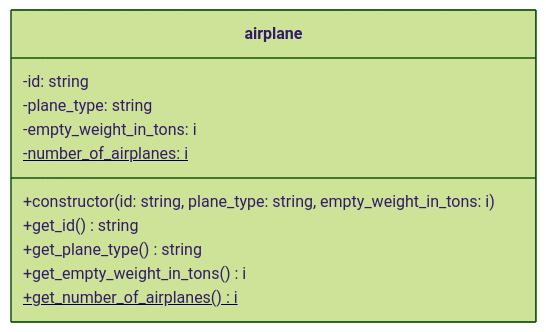
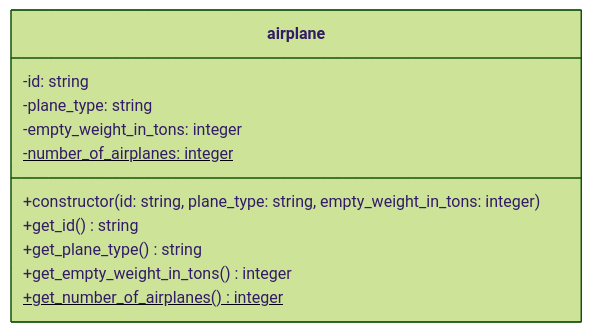
Before and after one commit to appenmaier/s4hana: the diagram in docs/exercises/abap-objects/abap-objects-04.md, drawn with Mermaid (forest theme).

````diff
--- a/docs/exercises/abap-objects/abap-objects-04.md
+++ b/docs/exercises/abap-objects/abap-objects-04.md
@@ -11,14 +11,14 @@
 ```mermaid
 classDiagram
    class airplane {
       -id: string
       -plane_type: string
-      -empty_weight_in_tons: i
-      -number_of_airplanes: i$
-      +constructor(id: string, plane_type: string, empty_weight_in_tons: i)
+      -empty_weight_in_tons: integer
+      -number_of_airplanes: integer$
+      +constructor(id: string, plane_type: string, empty_weight_in_tons: integer)
       +get_id() string
       +get_plane_type() string
-      +get_empty_weight_in_tons() i
-      +get_number_of_airplanes() i$
+      +get_empty_weight_in_tons() integer
+      +get_number_of_airplanes() integer$
    }
 ```
````
